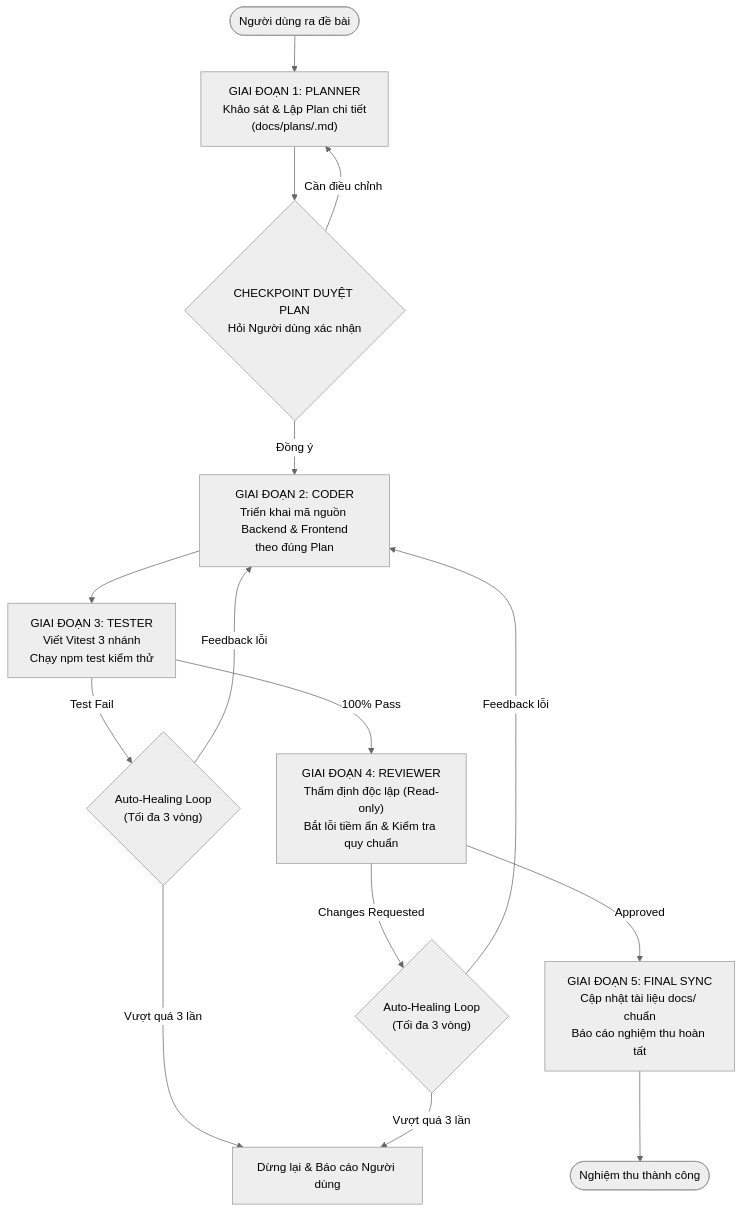
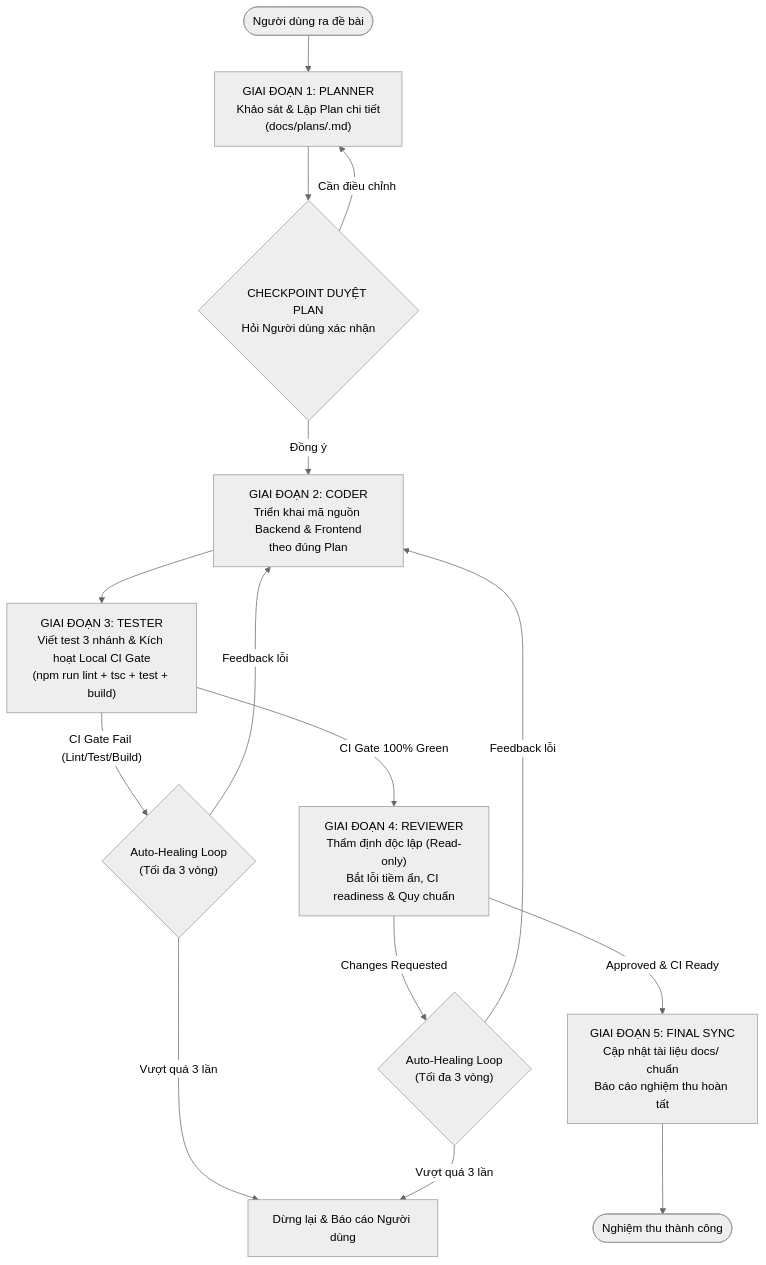
One commit to DuyBinh2003/FoodDelivery changed the diagram in .agents/agents/orchestrator.md. Above: the diagram before and after it, drawn with Mermaid (neutral theme). The commit also changed other lines of this file and 11 other files, not shown here.

````diff
--- a/.agents/agents/orchestrator.md
+++ b/.agents/agents/orchestrator.md
@@ -35,23 +35,23 @@
 ```mermaid
 graph TD
     User(["Người dùng ra đề bài"]) --> Phase1["GIAI ĐOẠN 1: PLANNER\nKhảo sát & Lập Plan chi tiết\n(docs/plans/<task>.md)"]
     Phase1 --> Gate{"CHECKPOINT DUYỆT PLAN\nHỏi Người dùng xác nhận"}
     
     Gate -->|"Cần điều chỉnh"| Phase1
     Gate -->|"Đồng ý"| Phase2["GIAI ĐOẠN 2: CODER\nTriển khai mã nguồn Backend & Frontend\ntheo đúng Plan"]
     
-    Phase2 --> Phase3["GIAI ĐOẠN 3: TESTER\nViết Vitest 3 nhánh\nChạy npm test kiểm thử"]
+    Phase2 --> Phase3["GIAI ĐOẠN 3: TESTER\nViết test 3 nhánh & Kích hoạt Local CI Gate\n(npm run lint + tsc + test + build)"]
     
-    Phase3 -->|"Test Fail"| Healing1{"Auto-Healing Loop\n(Tối đa 3 vòng)"}
-    Phase3 -->|"100% Pass"| Phase4["GIAI ĐOẠN 4: REVIEWER\nThẩm định độc lập (Read-only)\nBắt lỗi tiềm ẩn & Kiểm tra quy chuẩn"]
+    Phase3 -->|"CI Gate Fail (Lint/Test/Build)"| Healing1{"Auto-Healing Loop\n(Tối đa 3 vòng)"}
+    Phase3 -->|"CI Gate 100% Green"| Phase4["GIAI ĐOẠN 4: REVIEWER\nThẩm định độc lập (Read-only)\nBắt lỗi tiềm ẩn, CI readiness & Quy chuẩn"]
     
     Phase4 -->|"Changes Requested"| Healing2{"Auto-Healing Loop\n(Tối đa 3 vòng)"}
     Healing1 -->|"Feedback lỗi"| Phase2
     Healing2 -->|"Feedback lỗi"| Phase2
     
     Healing1 -->|"Vượt quá 3 lần"| Escalation["Dừng lại & Báo cáo Người dùng"]
     Healing2 -->|"Vượt quá 3 lần"| Escalation
     
-    Phase4 -->|"Approved"| Phase5["GIAI ĐOẠN 5: FINAL SYNC\nCập nhật tài liệu docs/ chuẩn\nBáo cáo nghiệm thu hoàn tất"]
+    Phase4 -->|"Approved & CI Ready"| Phase5["GIAI ĐOẠN 5: FINAL SYNC\nCập nhật tài liệu docs/ chuẩn\nBáo cáo nghiệm thu hoàn tất"]
     Phase5 --> Done(["Nghiệm thu thành công"])
 ```
````
